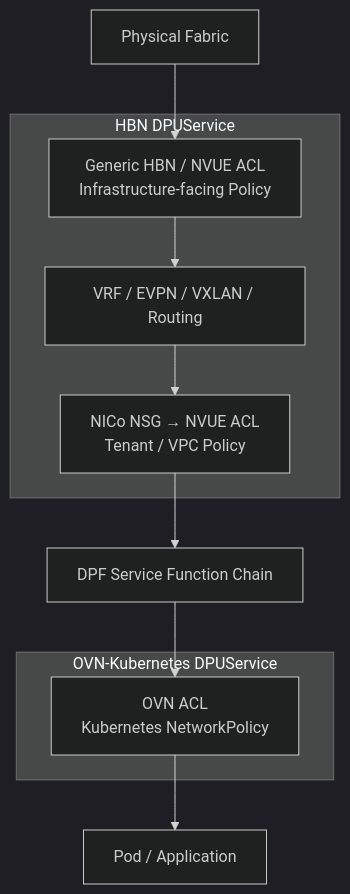
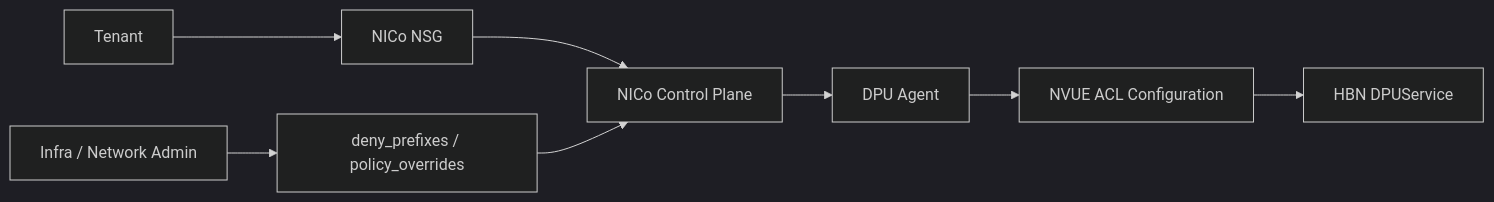
The second of 3 diagrams in _posts/2026-09-04-AIFactory_DPUHBN_TenantNetworkIsolation.md (hdimmfh/hdimmfh.github.io), drawn with Mermaid (dark theme) before and after one commit. The commit also changed other lines of this file, not shown here.

````diff
--- a/_posts/2026-09-04-AIFactory_DPUHBN_TenantNetworkIsolation.md
+++ b/_posts/2026-09-04-AIFactory_DPUHBN_TenantNetworkIsolation.md
@@ -166,24 +330,20 @@
 ```mermaid
-flowchart TB
+flowchart LR
 
-    FABRIC["Physical Fabric"]
+    TENANT["Tenant"]
+    ADMIN["Infra / Network Admin"]
 
-    subgraph HBN["HBN DPUService"]
-        INFRA["Generic HBN / NVUE ACL<br/>Infrastructure-facing Policy"]
-        ROUTE["VRF / EVPN / VXLAN / Routing"]
-        NSG["NICo NSG → NVUE ACL<br/>Tenant / VPC Policy"]
+    NSG["NICo NSG"]
+    SITE["deny_prefixes / policy_overrides"]
 
-        INFRA --> ROUTE --> NSG
-    end
+    NICO["NICo Control Plane"]
+    AGENT["DPU Agent"]
+    NVUE["NVUE ACL Configuration"]
+    HBN["HBN DPUService"]
 
-    SFC["DPF Service Function Chain"]
-
-    subgraph OVN["OVN-Kubernetes DPUService"]
-        OACL["OVN ACL<br/>Kubernetes NetworkPolicy"]
-    end
-
-    POD["Pod / Application"]
-
-    FABRIC --> INFRA
-    NSG --> SFC --> OACL --> POD
+    TENANT --> NSG --> NICO
+    ADMIN --> SITE --> NICO
+    NICO --> AGENT
+    AGENT --> NVUE
+    NVUE --> HBN
 ```
````
